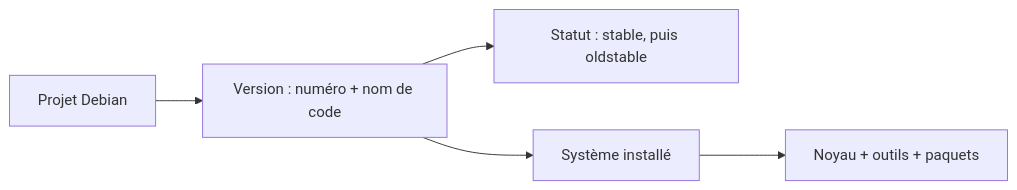
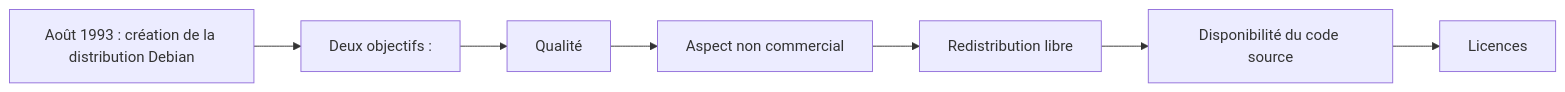
The third of 5 diagrams in docs/modules/05-administration-debian-gnu-linux/module-01-presentation-de-debian-gnu-linux.md (sk34pk25/tssr-cours), drawn with Mermaid before and after one commit. The commit also changed other lines of this file and 11 other files, not shown here.

````diff
--- a/docs/modules/05-administration-debian-gnu-linux/module-01-presentation-de-debian-gnu-linux.md
+++ b/docs/modules/05-administration-debian-gnu-linux/module-01-presentation-de-debian-gnu-linux.md
@@ -52,7 +134,16 @@
 ```mermaid
 flowchart LR
- P["Projet Debian"] --> V["Version : numéro + nom de code"]
- V --> B["Statut : stable, puis oldstable"]
- V --> S["Système installé"]
- S --> K["Noyau + outils + paquets"]
+    N1["Août 1993 : création de la distribution Debian"]
+    N2["Deux objectifs :"]
+    N3["Qualité"]
+    N4["Aspect non commercial"]
+    N5["Redistribution libre"]
+    N6["Disponibilité du code source"]
+    N7["Licences"]
+    N1 --> N2
+    N2 --> N3
+    N3 --> N4
+    N4 --> N5
+    N5 --> N6
+    N6 --> N7
 ```
````
